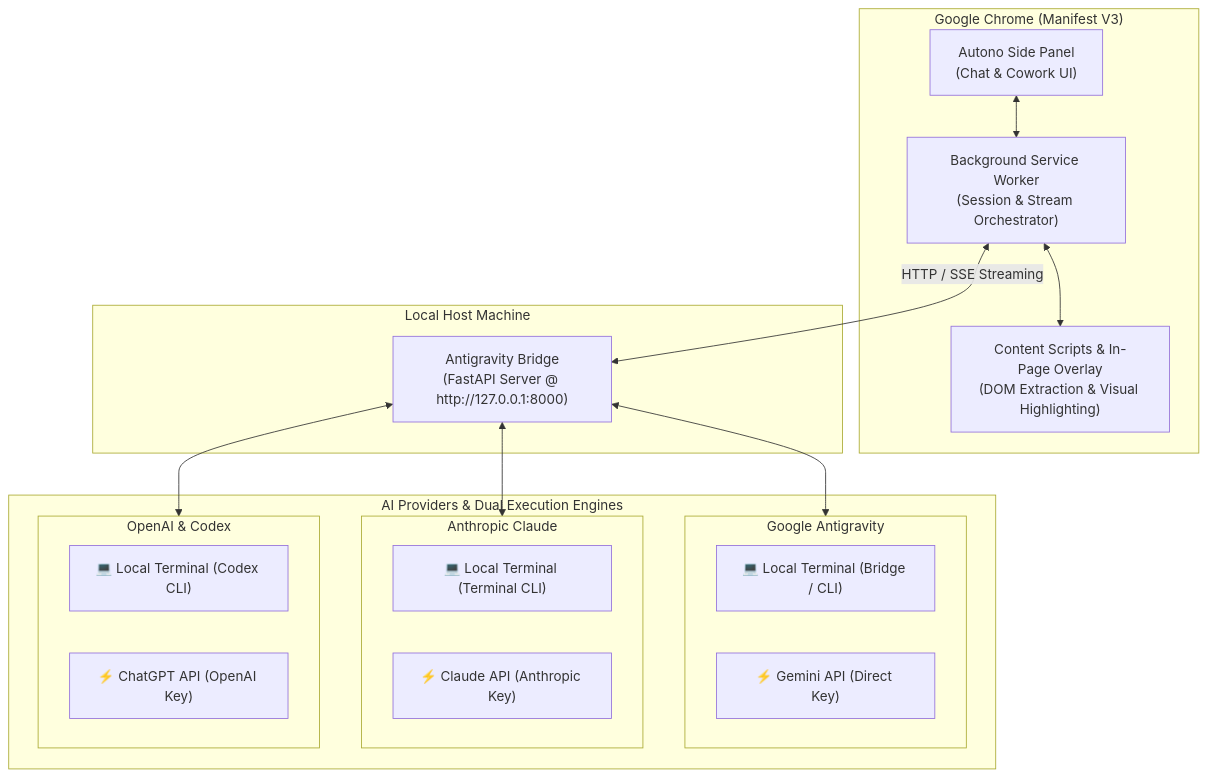
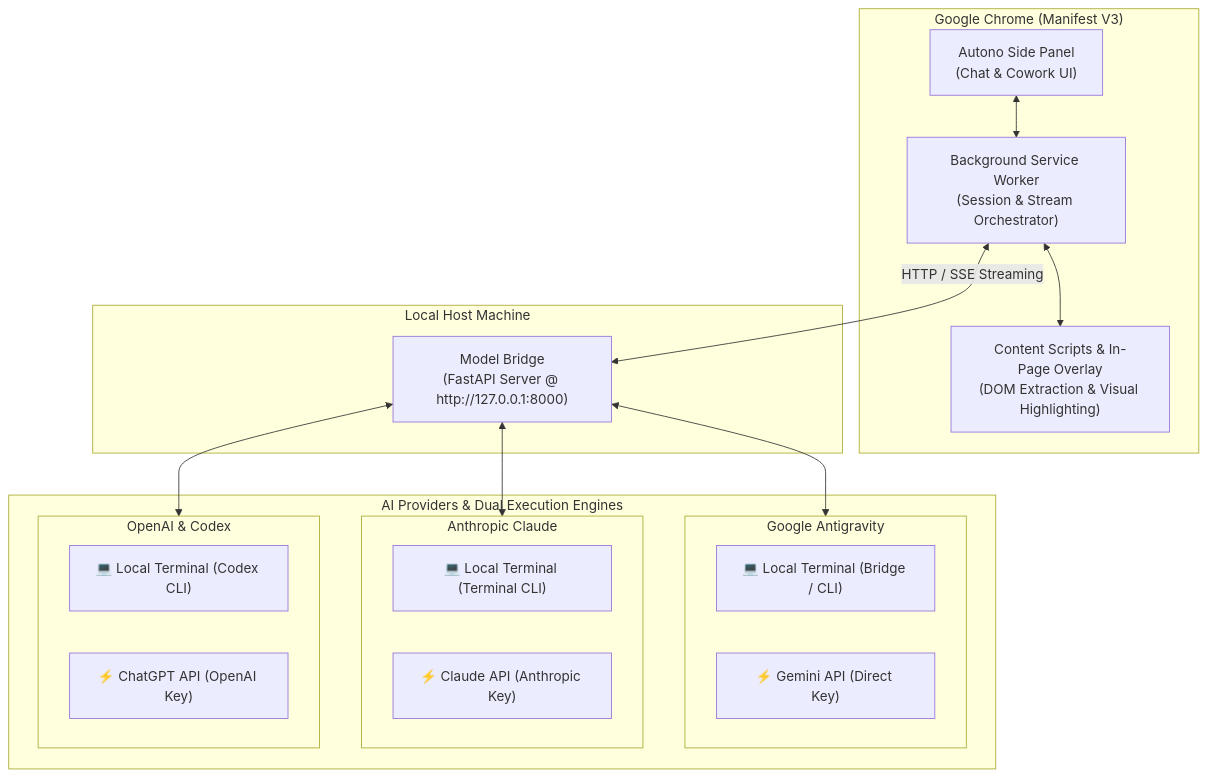
Before and after one commit to MatiasV3B/Autono: the diagram in README.md, drawn with Mermaid. The commit also changed other lines of this file, not shown here.

Commit message:
docs: update bridge repository reference to Model Bridge

````diff
--- a/README.md
+++ b/README.md
@@ -41,34 +41,34 @@
 ```mermaid
 flowchart TD
     subgraph Browser ["Google Chrome (Manifest V3)"]
         Panel["Autono Side Panel\n(Chat & Cowork UI)"]
         Background["Background Service Worker\n(Session & Stream Orchestrator)"]
         Content["Content Scripts & In-Page Overlay\n(DOM Extraction & Visual Highlighting)"]
         Panel <--> Background
         Background <--> Content
     end
 
     subgraph LocalMachine ["Local Host Machine"]
-        Bridge["Antigravity Bridge\n(FastAPI Server @ http://127.0.0.1:8000)"]
+        Bridge["Model Bridge\n(FastAPI Server @ http://127.0.0.1:8000)"]
     end
 
     subgraph Providers ["AI Providers & Dual Execution Engines"]
         subgraph AntigravityGroup ["Google Antigravity"]
             A_CLI["💻 Local Terminal (Bridge / CLI)"]
             A_API["⚡ Gemini API (Direct Key)"]
         end
         subgraph ClaudeGroup ["Anthropic Claude"]
             C_CLI["💻 Local Terminal (Terminal CLI)"]
             C_API["⚡ Claude API (Anthropic Key)"]
         end
         subgraph OpenAIGroup ["OpenAI & Codex"]
             O_CLI["💻 Local Terminal (Codex CLI)"]
             O_API["⚡ ChatGPT API (OpenAI Key)"]
         end
     end
 
     Background <-->|HTTP / SSE Streaming| Bridge
     Bridge <--> AntigravityGroup
     Bridge <--> ClaudeGroup
     Bridge <--> OpenAIGroup
 ```
````
